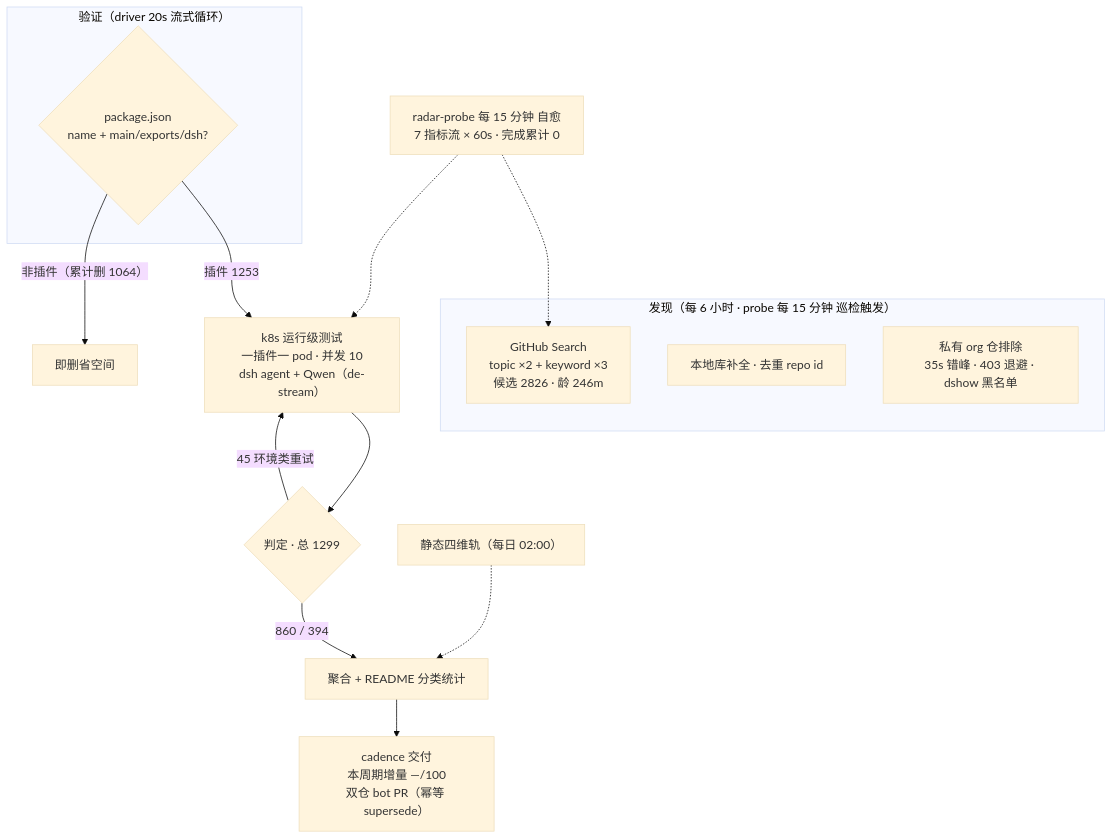
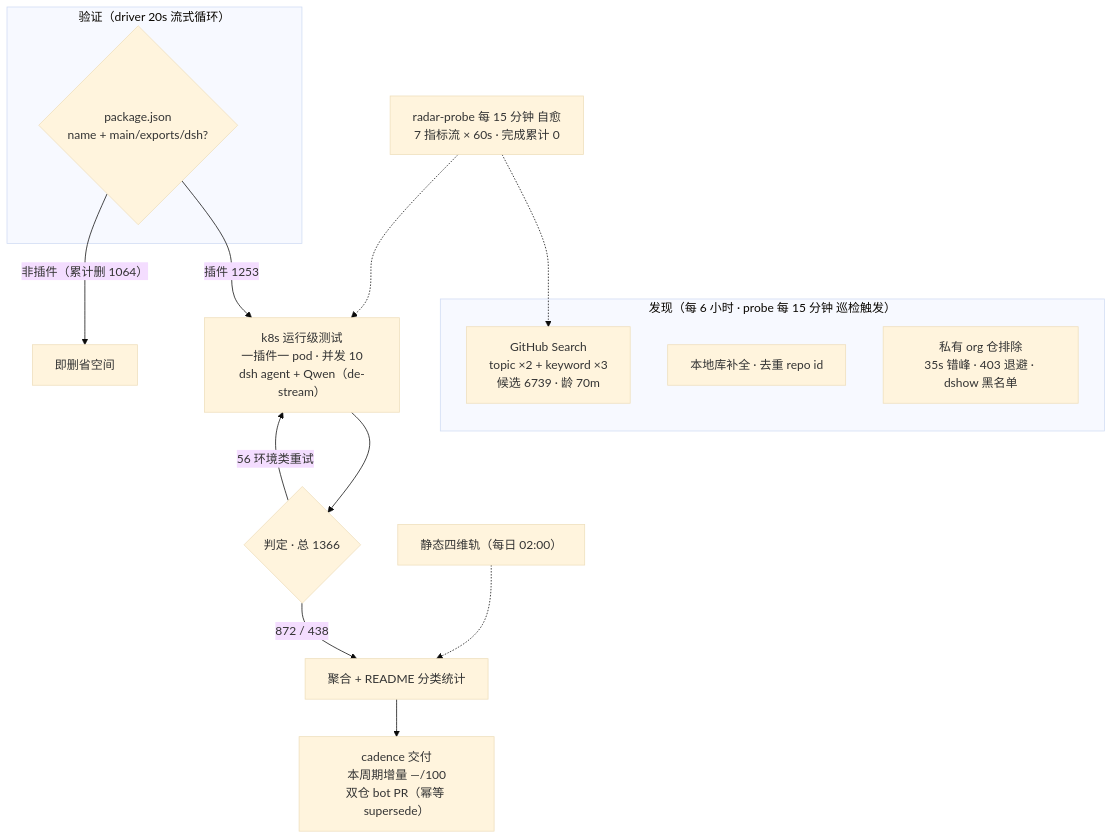
Before and after one commit to Zhidao-Lab-OSS/awesome-dsh-plugins: the diagram in README.md, drawn with Mermaid (base theme). The commit also changed other lines of this file and 1 other file, not shown here.

````diff
--- a/README.md
+++ b/README.md
@@ -30,20 +30,20 @@
 ```mermaid
 flowchart TB
     subgraph Discovery[" 发现（每 6 小时 · probe 每 15 分钟 巡检触发）"]
-        A1["GitHub Search<br/>topic ×2 + keyword ×3<br/>候选 2826 · 龄 246m"]
+        A1["GitHub Search<br/>topic ×2 + keyword ×3<br/>候选 6739 · 龄 70m"]
         A2["本地库补全 · 去重 repo id"]
         A3[" 私有 org 仓排除<br/>35s 错峰 · 403 退避 · dshow 黑名单"]
     end
     subgraph Validation[" 验证（driver 20s 流式循环）"]
         B1{"package.json<br/>name + main/exports/dsh?"}
     end
     B1 -->|"插件 1253"| C1["k8s 运行级测试<br/>一插件一 pod · 并发 10<br/>dsh agent + Qwen（de-stream）"]
     B1 -->|"非插件（累计删 1064）"| B3[" 即删省空间"]
-    C1 --> D1{"判定 · 总 1299"}
-    D1 -->|" 860 /  394"| E1["聚合 + README 分类统计"]
-    D1 -->|" 45 环境类重试"| C1
+    C1 --> D1{"判定 · 总 1366"}
+    D1 -->|" 872 /  438"| E1["聚合 + README 分类统计"]
+    D1 -->|" 56 环境类重试"| C1
     E1 --> E2["cadence 交付<br/>本周期增量 —/100<br/>双仓 bot PR（幂等 supersede）"]
     S[" 静态四维轨（每日 02:00）"] -.-> E1
     M[" radar-probe 每 15 分钟 自愈<br/>7 指标流 × 60s · 完成累计 0"] -.-> A1
     M -.-> C1
 ```
````
